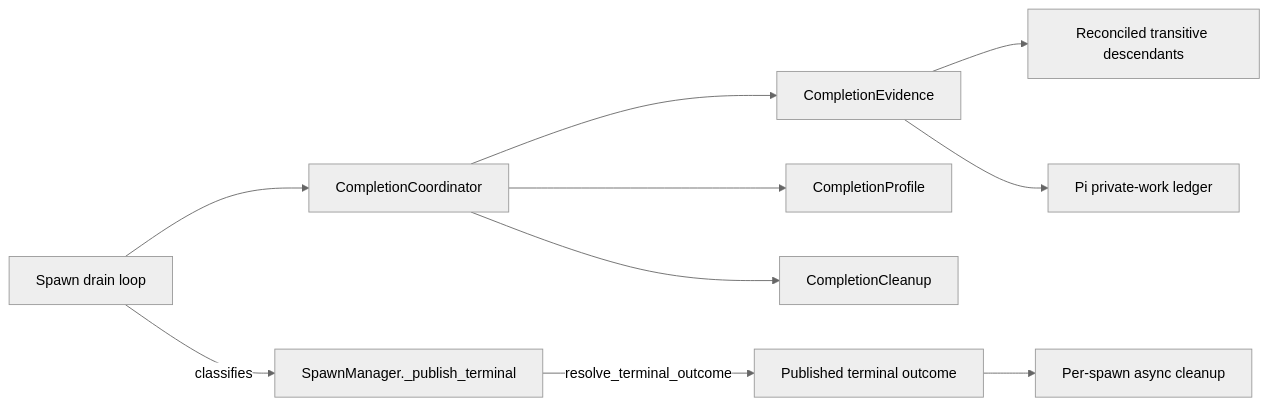
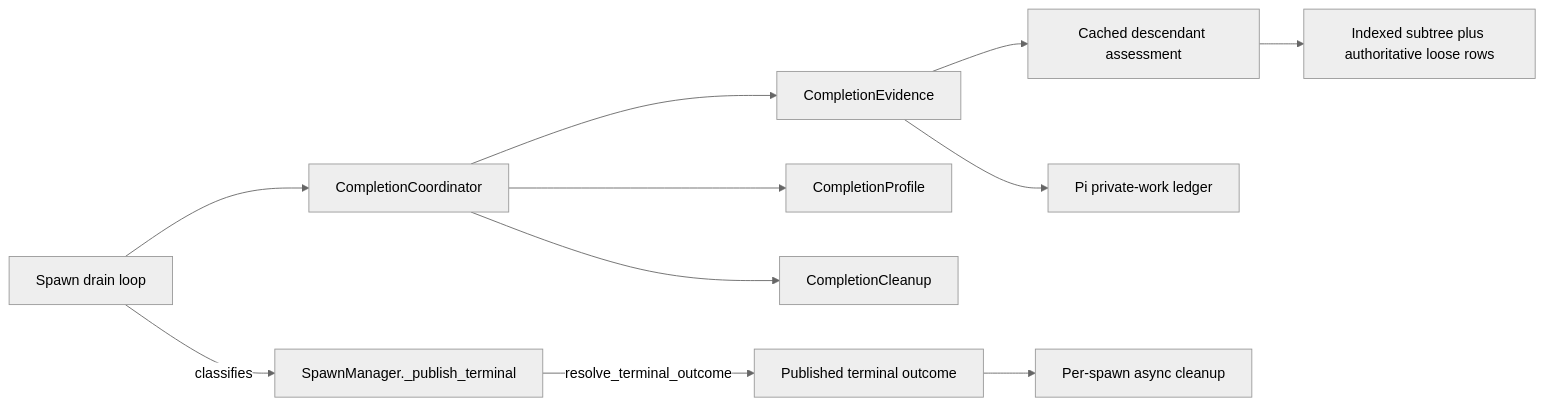
Before and after one commit to haowjy/meridian-cli-kb: the diagram in kb/architecture/completion-drain-coordination.md, drawn with Mermaid (neutral theme). The commit also changed other lines of this file and 3 other files, not shown here.

````diff
--- a/kb/architecture/completion-drain-coordination.md
+++ b/kb/architecture/completion-drain-coordination.md
@@ -8,12 +8,13 @@
 ```mermaid
 flowchart LR
     L[Spawn drain loop] --> C[CompletionCoordinator]
     C --> E[CompletionEvidence]
     C --> P[CompletionProfile]
     C --> X[CompletionCleanup]
-    E --> T[Reconciled transitive descendants]
+    E --> R[Cached descendant assessment]
+    R --> T[Indexed subtree plus authoritative loose rows]
     E --> W[Pi private-work ledger]
     L -->|classifies| M[SpawnManager._publish_terminal]
     M -->|resolve_terminal_outcome| O[Published terminal outcome]
     O --> D[Per-spawn async cleanup]
 ```
````
